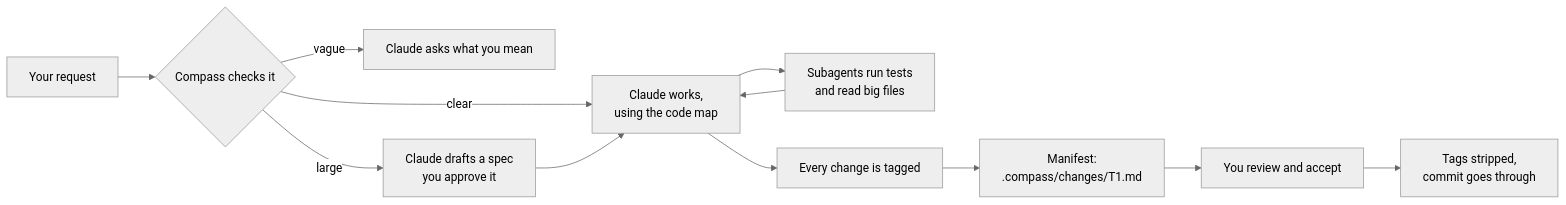
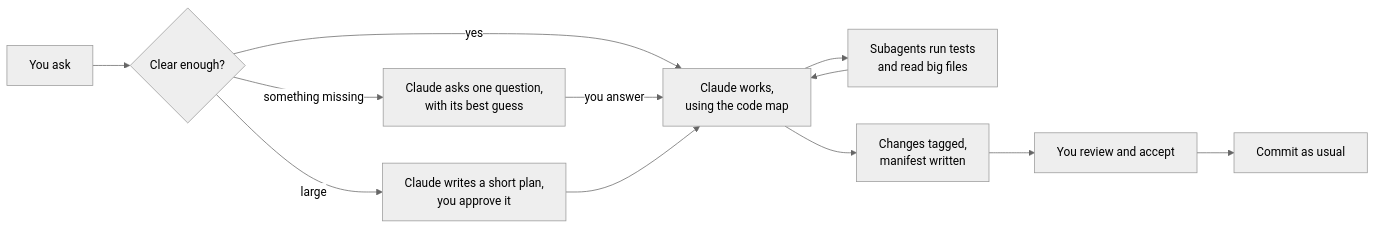
One commit to uveshm003/compass changed the diagram in docs/user-guide.md. Above: the diagram before and after it, drawn with Mermaid (neutral theme). The commit also changed other lines of this file and 34 other files, not shown here.

````diff
--- a/docs/user-guide.md
+++ b/docs/user-guide.md
@@ -20,14 +37,14 @@
 ```mermaid
 flowchart LR
-  A[Your request] --> B{Compass checks it}
-  B -- vague --> C[Claude asks what you mean]
-  B -- large --> D[Claude drafts a spec<br/>you approve it]
-  B -- clear --> E[Claude works,<br/>using the code map]
+  A[You ask] --> B{Clear enough?}
+  B -- yes --> E[Claude works,<br/>using the code map]
+  B -- something missing --> C[Claude asks one question,<br/>with its best guess]
+  C -- you answer --> E
+  B -- large --> D[Claude writes a short plan,<br/>you approve it]
   D --> E
   E --> F[Subagents run tests<br/>and read big files]
   F --> E
-  E --> G[Every change is tagged]
-  G --> H[Manifest:<br/>.compass/changes/T1.md]
-  H --> I[You review and accept]
-  I --> J[Tags stripped,<br/>commit goes through]
+  E --> G[Changes tagged,<br/>manifest written]
+  G --> H[You review and accept]
+  H --> I[Commit as usual]
 ```
````
